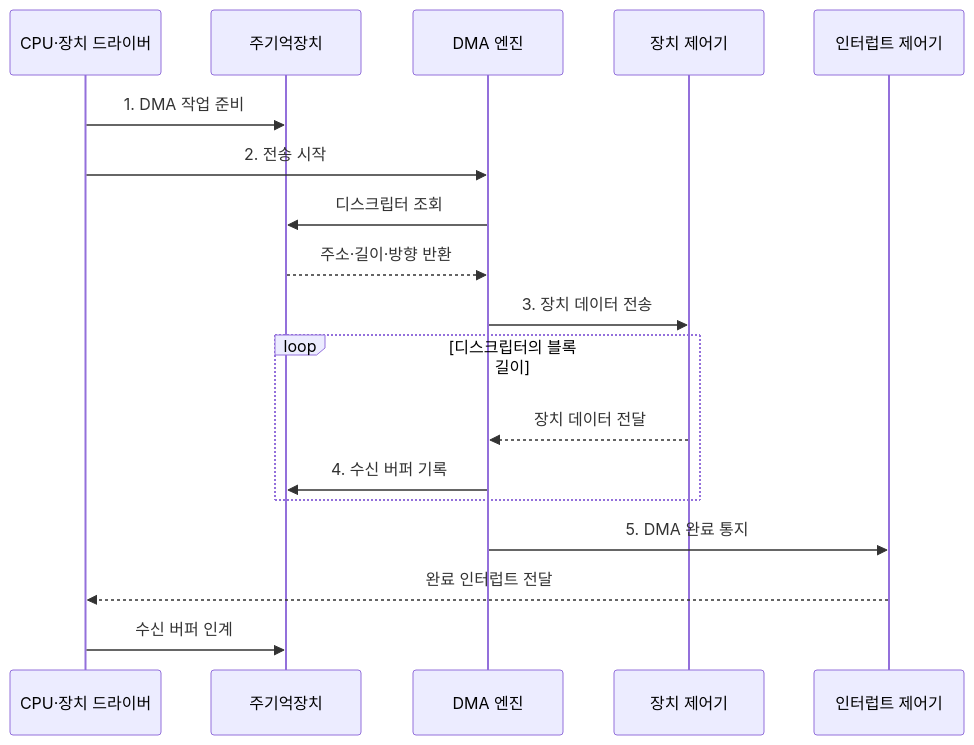
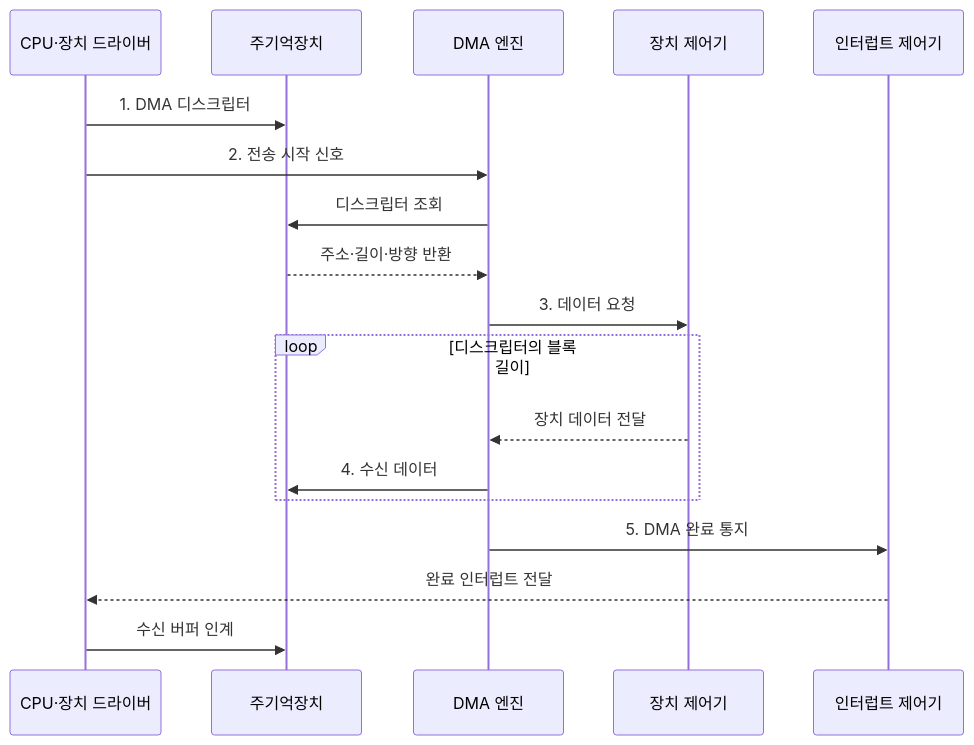
The second of 2 diagrams in src/content/docs/notes/02-hardware/033_io_interface.md (agnusdei1207/knowledge-base), drawn with Mermaid before and after one commit. The commit also changed other lines of this file and 20 other files, not shown here.

````diff
--- a/src/content/docs/notes/02-hardware/033_io_interface.md
+++ b/src/content/docs/notes/02-hardware/033_io_interface.md
@@ -88,21 +92,21 @@
 ```mermaid
 sequenceDiagram
     participant C as CPU·장치 드라이버
     participant M as 주기억장치
     participant E as DMA 엔진
     participant D as 장치 제어기
     participant I as 인터럽트 제어기
 
-    C->>M: 1. DMA 작업 준비
-    C->>E: 2. 전송 시작
+    C->>M: 1. DMA 디스크립터
+    C->>E: 2. 전송 시작 신호
     E->>M: 디스크립터 조회
     M-->>E: 주소·길이·방향 반환
-    E->>D: 3. 장치 데이터 전송
+    E->>D: 3. 데이터 요청
     loop 디스크립터의 블록 길이
         D-->>E: 장치 데이터 전달
-        E->>M: 4. 수신 버퍼 기록
+        E->>M: 4. 수신 데이터
     end
     E->>I: 5. DMA 완료 통지
     I-->>C: 완료 인터럽트 전달
     C->>M: 수신 버퍼 인계
 ```
````
